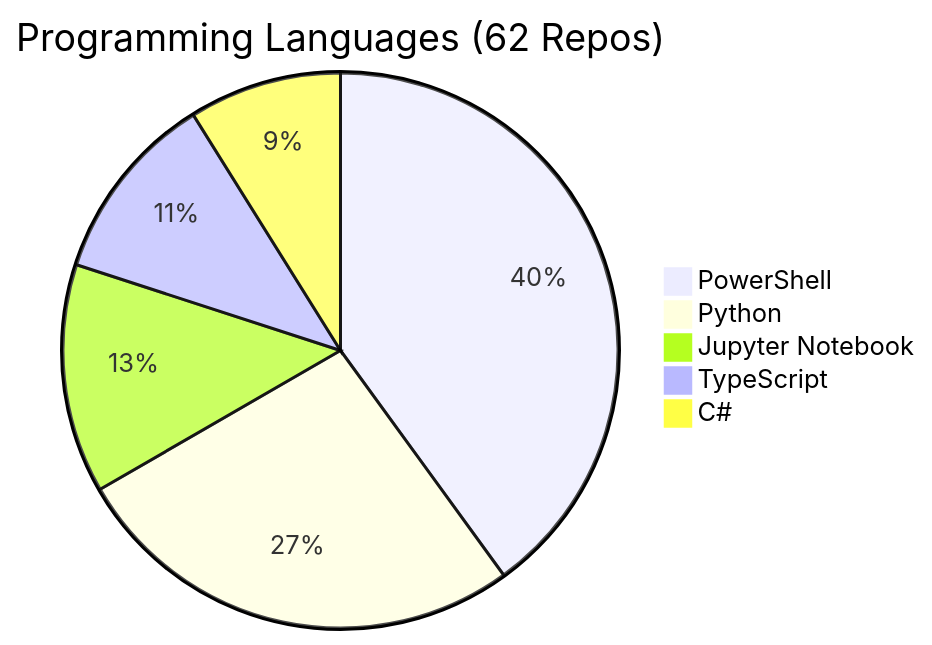
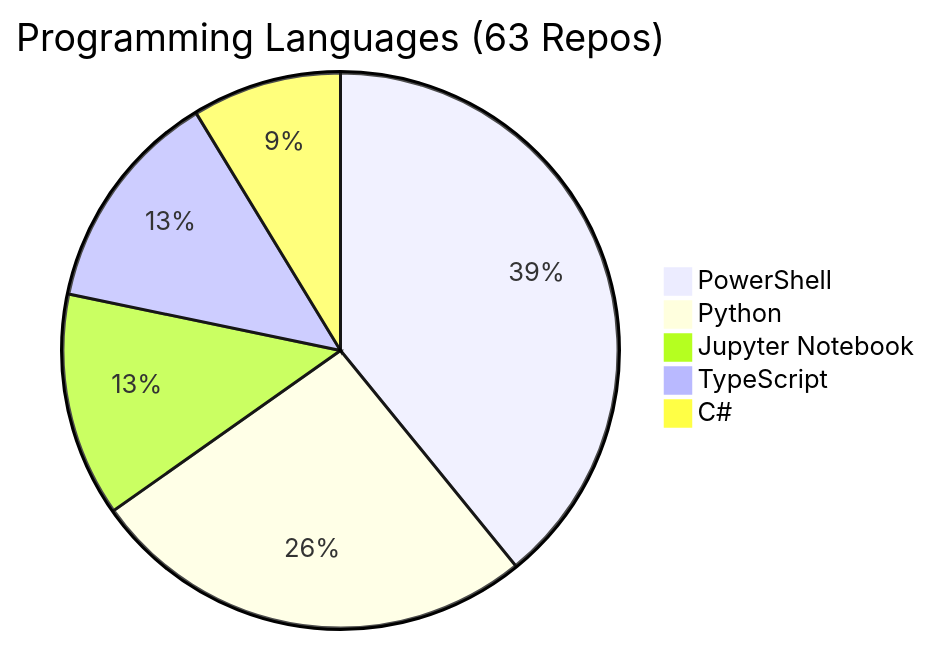
One commit to fabioc-aloha/fabioc-aloha changed the diagram in REPOS.md. Above: the diagram before and after it, drawn with Mermaid. The commit also changed other lines of this file and 1 other file, not shown here.

````diff
--- a/REPOS.md
+++ b/REPOS.md
@@ -105,8 +106,8 @@
 ```mermaid
-pie title Programming Languages (62 Repos)
+pie title Programming Languages (63 Repos)
     "PowerShell" : 18
     "Python" : 12
     "Jupyter Notebook" : 6
-    "TypeScript" : 5
+    "TypeScript" : 6
     "C#" : 4
 ```
````
